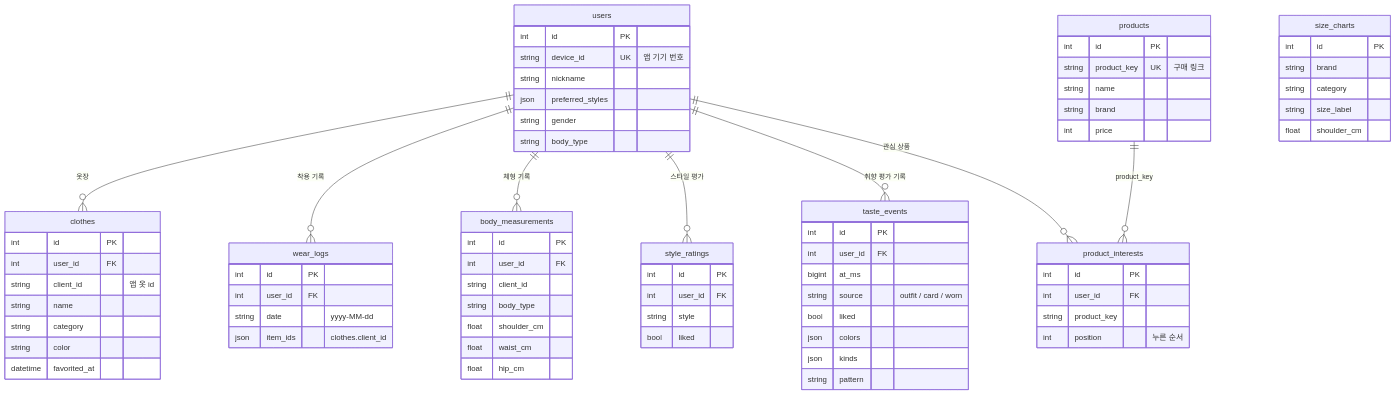
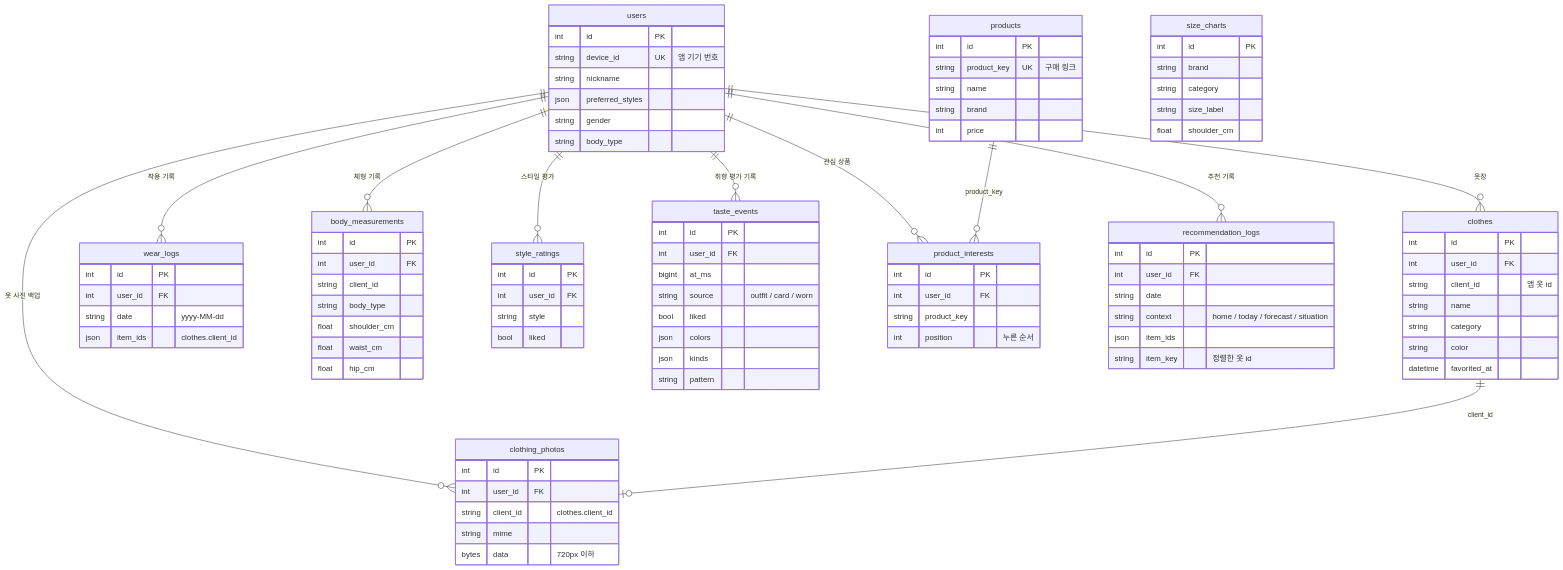
The diagram in backend/DB_INTEGRATION.md (JEC0387/capston-second), drawn with Mermaid before and after one commit. The commit also changed other lines of this file and 28 other files, not shown here.

```diff
--- a/backend/DB_INTEGRATION.md
+++ b/backend/DB_INTEGRATION.md
@@ -74,6 +95,9 @@
     users ||--o{ style_ratings : "스타일 평가"
     users ||--o{ taste_events : "취향 평가 기록"
     users ||--o{ product_interests : "관심 상품"
+    users ||--o{ clothing_photos : "옷 사진 백업"
+    users ||--o{ recommendation_logs : "추천 기록"
+    clothes ||--o| clothing_photos : "client_id"
     products ||--o{ product_interests : "product_key"
     users {
         int id PK
@@ -136,6 +160,21 @@
         string product_key
         int position "누른 순서"
     }
+    clothing_photos {
+        int id PK
+        int user_id FK
+        string client_id "clothes.client_id"
+        string mime
+        bytes data "720px 이하"
+    }
+    recommendation_logs {
+        int id PK
+        int user_id FK
+        string date
+        string context "home / today / forecast / situation"
+        json item_ids
+        string item_key "정렬한 옷 id"
+    }
     size_charts {
         int id PK
         string brand
```
